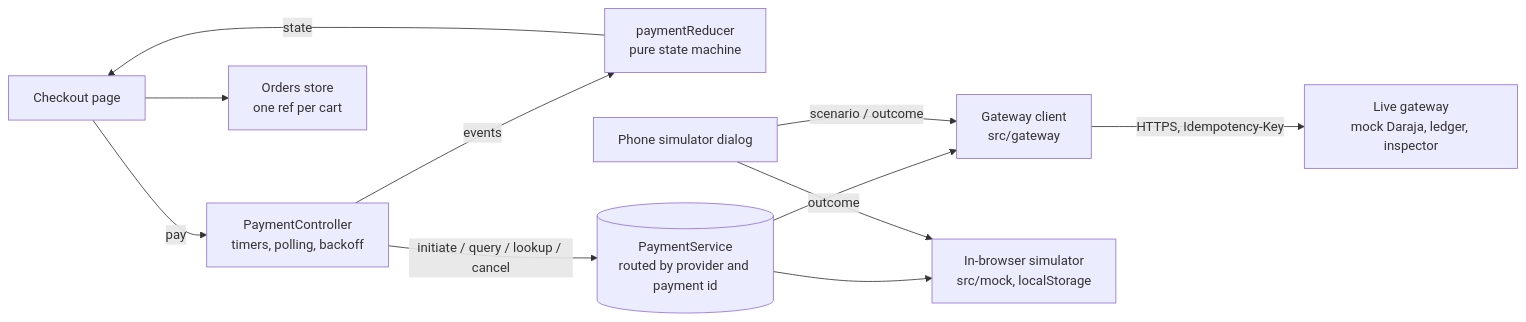
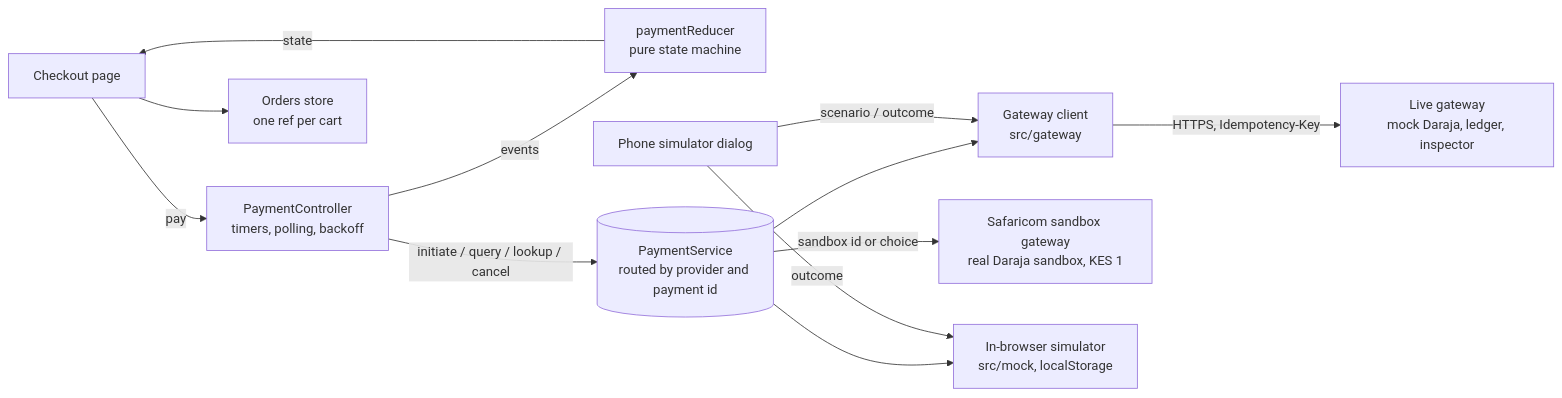
Before and after one commit to Victor-Wambua/duka-storefront: the diagram in README.md, drawn with Mermaid. The commit also changed other lines of this file and 5 other files, not shown here.

````diff
--- a/README.md
+++ b/README.md
@@ -117,13 +136,14 @@
 ```mermaid
 flowchart LR
   UI[Checkout page] -->|pay| C[PaymentController<br/>timers, polling, backoff]
   C -->|events| M[paymentReducer<br/>pure state machine]
   M -->|state| UI
   C -->|initiate / query / lookup / cancel| R[(PaymentService<br/>routed by provider and payment id)]
   R --> G[Gateway client<br/>src/gateway]
   G -->|HTTPS, Idempotency-Key| GW[Live gateway<br/>mock Daraja, ledger, inspector]
+  R -->|sandbox id or choice| SB[Safaricom sandbox gateway<br/>real Daraja sandbox, KES 1]
   R --> K[In-browser simulator<br/>src/mock, localStorage]
   P[Phone simulator dialog] -->|scenario / outcome| G
   P -->|outcome| K
   UI --> O[Orders store<br/>one ref per cart]
 ```
````
